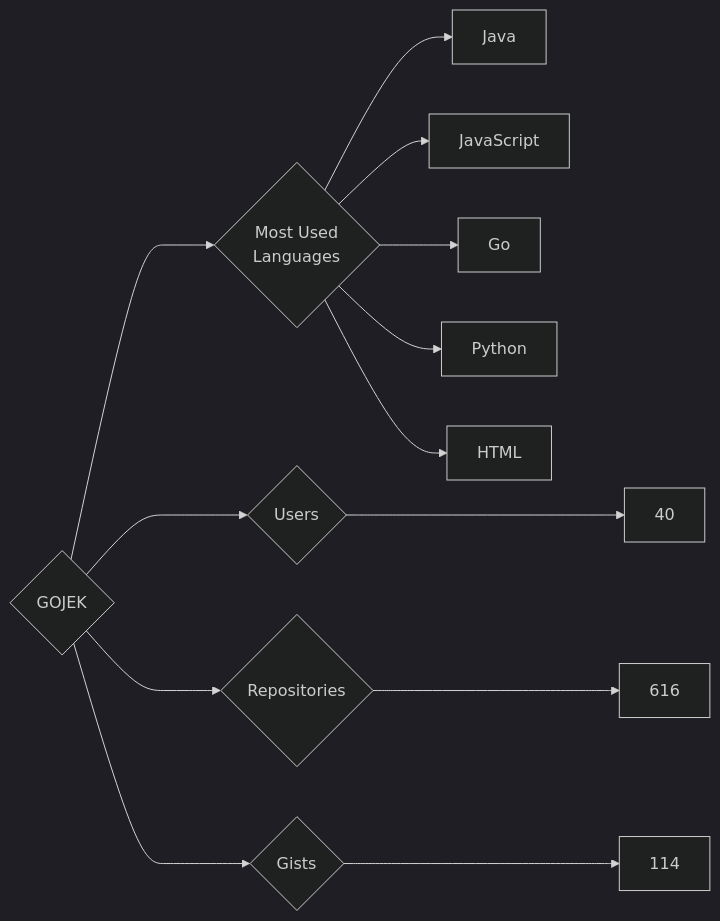
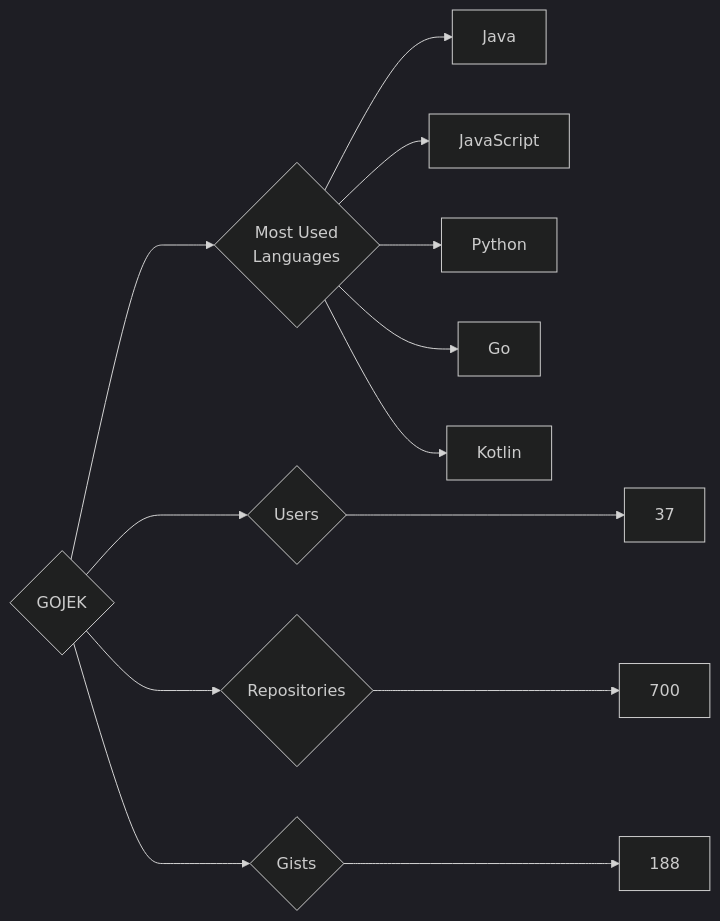
One commit to trickest/insiders changed the diagram in targets/GOJEK/README.md. Above: the diagram before and after it, drawn with Mermaid (dark theme). The commit also changed 681 other files, not shown here.

````diff
--- a/targets/GOJEK/README.md
+++ b/targets/GOJEK/README.md
@@ -3,13 +3,13 @@
 ```mermaid
 graph LR
 COMPANY_NAME{GOJEK}
-COMPANY_NAME ---> U{Users} ---> UN[40]
-COMPANY_NAME ---> R{Repositories} ---> RN[616]
-COMPANY_NAME ---> G{Gists} ---> GN[114]
+COMPANY_NAME ---> U{Users} ---> UN[37]
+COMPANY_NAME ---> R{Repositories} ---> RN[700]
+COMPANY_NAME ---> G{Gists} ---> GN[188]
 COMPANY_NAME ---> ML{Most Used<br>Languages}
 ML --> Java[Java]
 ML --> JavaScript[JavaScript]
+ML --> Python[Python]
 ML --> Go[Go]
-ML --> Python[Python]
-ML --> HTML[HTML]
+ML --> Kotlin[Kotlin]
 ```
````
